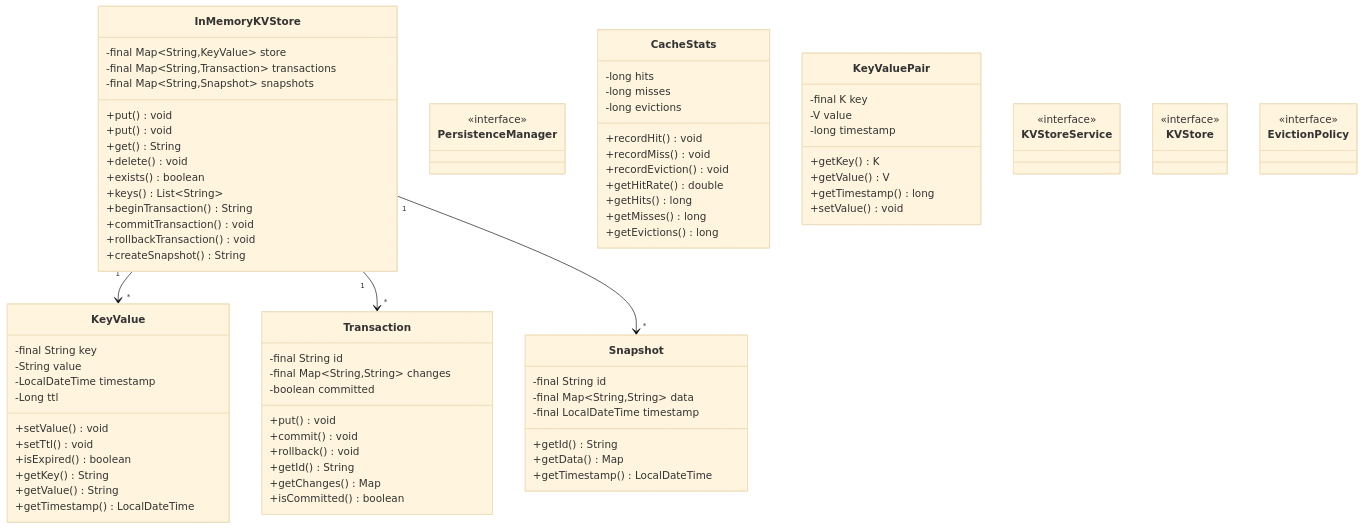
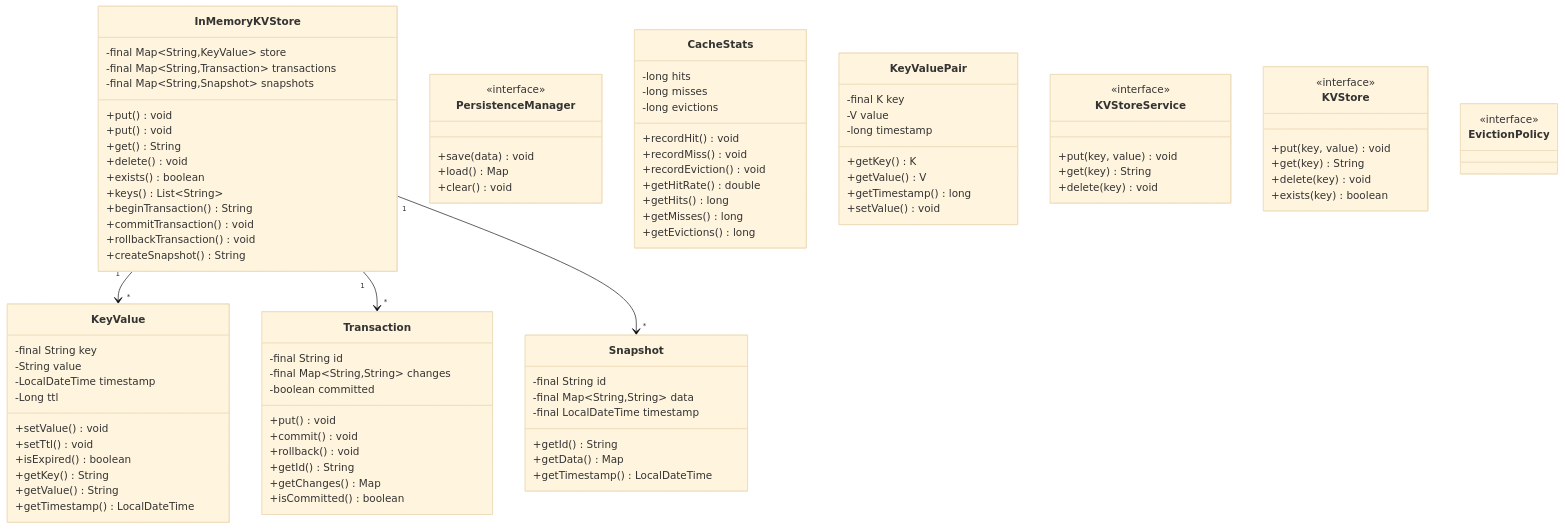
The diagram in docs/problems/kvstore/diagrams/class-diagram.mmd (dlkr18/lld-playbook), drawn with Mermaid (base theme) before and after one commit. The commit also changed 95 other files, not shown here.

```diff
--- a/docs/problems/kvstore/diagrams/class-diagram.mmd
+++ b/docs/problems/kvstore/diagrams/class-diagram.mmd
@@ -1,90 +1,103 @@
 classDiagram
 
     class InMemoryKVStore {
         -final Map~String,KeyValue~ store
         -final Map~String,Transaction~ transactions
         -final Map~String,Snapshot~ snapshots
         +put() void
         +put() void
         +get() String
         +delete() void
         +exists() boolean
         +keys() List~String~
         +beginTransaction() String
         +commitTransaction() void
         +rollbackTransaction() void
         +createSnapshot() String
     }
 
     class Snapshot {
         -final String id
         -final Map~String,String~ data
         -final LocalDateTime timestamp
         +getId() String
         +getData() Map<String, String>
         +getTimestamp() LocalDateTime
     }
 
-    class PersistenceManager
-    <<interface>> PersistenceManager
+    class PersistenceManager {
+        <<interface>>
+        +save(data) void
+        +load() Map
+        +clear() void
+    }
 
     class CacheStats {
         -long hits
         -long misses
         -long evictions
         +recordHit() void
         +recordMiss() void
         +recordEviction() void
         +getHitRate() double
         +getHits() long
         +getMisses() long
         +getEvictions() long
     }
 
     class KeyValuePair {
         -final K key
         -V value
         -long timestamp
         +getKey() K
         +getValue() V
         +getTimestamp() long
         +setValue() void
     }
 
     class KeyValue {
         -final String key
         -String value
         -LocalDateTime timestamp
         -Long ttl
         +setValue() void
         +setTtl() void
         +isExpired() boolean
         +getKey() String
         +getValue() String
         +getTimestamp() LocalDateTime
     }
 
     class Transaction {
         -final String id
         -final Map~String,String~ changes
         -boolean committed
         +put() void
         +commit() void
         +rollback() void
         +getId() String
         +getChanges() Map<String, String>
         +isCommitted() boolean
     }
 
-    class KVStoreService
-    <<interface>> KVStoreService
+    class KVStoreService {
+        <<interface>>
+        +put(key, value) void
+        +get(key) String
+        +delete(key) void
+    }
 
-    class KVStore
-    <<interface>> KVStore
+    class KVStore {
+        <<interface>>
+        +put(key, value) void
+        +get(key) String
+        +delete(key) void
+        +exists(key) boolean
+    }
 
     class EvictionPolicy
     <<interface>> EvictionPolicy
 
     InMemoryKVStore "1" --> "*" KeyValue
     InMemoryKVStore "1" --> "*" Transaction
     InMemoryKVStore "1" --> "*" Snapshot
```
